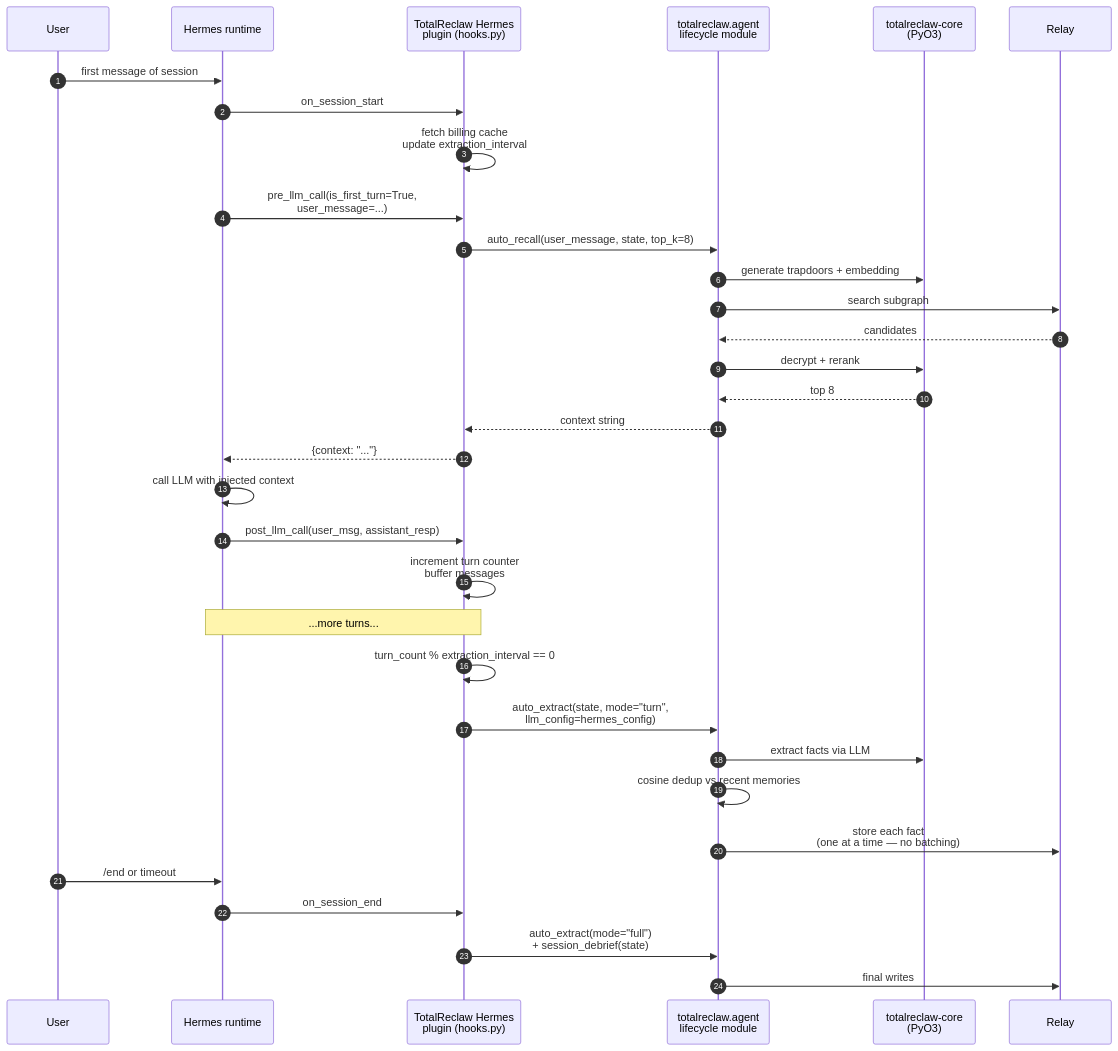
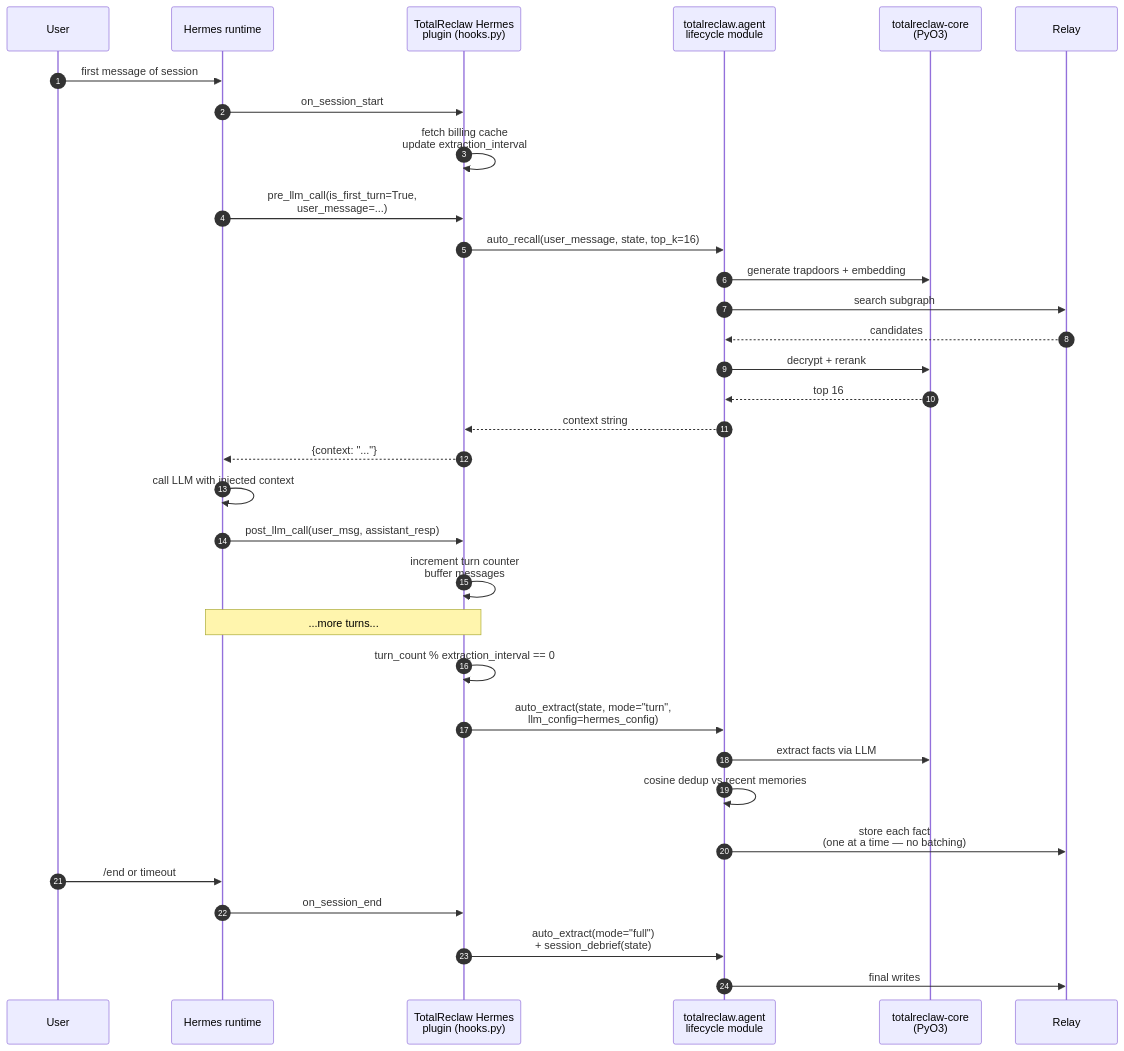
One commit to graphprotocol/totalreclaw changed the third of 3 diagrams in docs/specs/totalreclaw/flows/04-cross-agent-hooks.md. Above: the diagram before and after it, drawn with Mermaid. The commit also changed 36 other files, not shown here.

First line of the commit message:
feat(recall): return 16 facts in MCP, the OpenClaw plugin and NanoClaw

````diff
--- a/docs/specs/totalreclaw/flows/04-cross-agent-hooks.md
+++ b/docs/specs/totalreclaw/flows/04-cross-agent-hooks.md
@@ -157,41 +157,41 @@
 ```mermaid
 sequenceDiagram
     autonumber
     participant User
     participant Hermes as Hermes runtime
     participant Plugin as TotalReclaw Hermes<br/>plugin (hooks.py)
     participant Client as totalreclaw.agent<br/>lifecycle module
     participant Core as totalreclaw-core<br/>(PyO3)
     participant Relay
 
     User->>Hermes: first message of session
     Hermes->>Plugin: on_session_start
     Plugin->>Plugin: fetch billing cache<br/>update extraction_interval
 
     Hermes->>Plugin: pre_llm_call(is_first_turn=True,<br/>user_message=...)
-    Plugin->>Client: auto_recall(user_message, state, top_k=8)
+    Plugin->>Client: auto_recall(user_message, state, top_k=16)
     Client->>Core: generate trapdoors + embedding
     Client->>Relay: search subgraph
     Relay-->>Client: candidates
     Client->>Core: decrypt + rerank
-    Core-->>Client: top 8
+    Core-->>Client: top 16
     Client-->>Plugin: context string
     Plugin-->>Hermes: {context: "..."}
 
     Hermes->>Hermes: call LLM with injected context
     Hermes->>Plugin: post_llm_call(user_msg, assistant_resp)
     Plugin->>Plugin: increment turn counter<br/>buffer messages
 
     Note over Hermes,Plugin: ...more turns...
 
     Plugin->>Plugin: turn_count % extraction_interval == 0
     Plugin->>Client: auto_extract(state, mode="turn",<br/>llm_config=hermes_config)
     Client->>Core: extract facts via LLM
     Client->>Client: cosine dedup vs recent memories
     Client->>Relay: store each fact<br/>(one at a time — no batching)
 
     User->>Hermes: /end or timeout
     Hermes->>Plugin: on_session_end
     Plugin->>Client: auto_extract(mode="full")<br/>+ session_debrief(state)
     Client->>Relay: final writes
 ```
````
